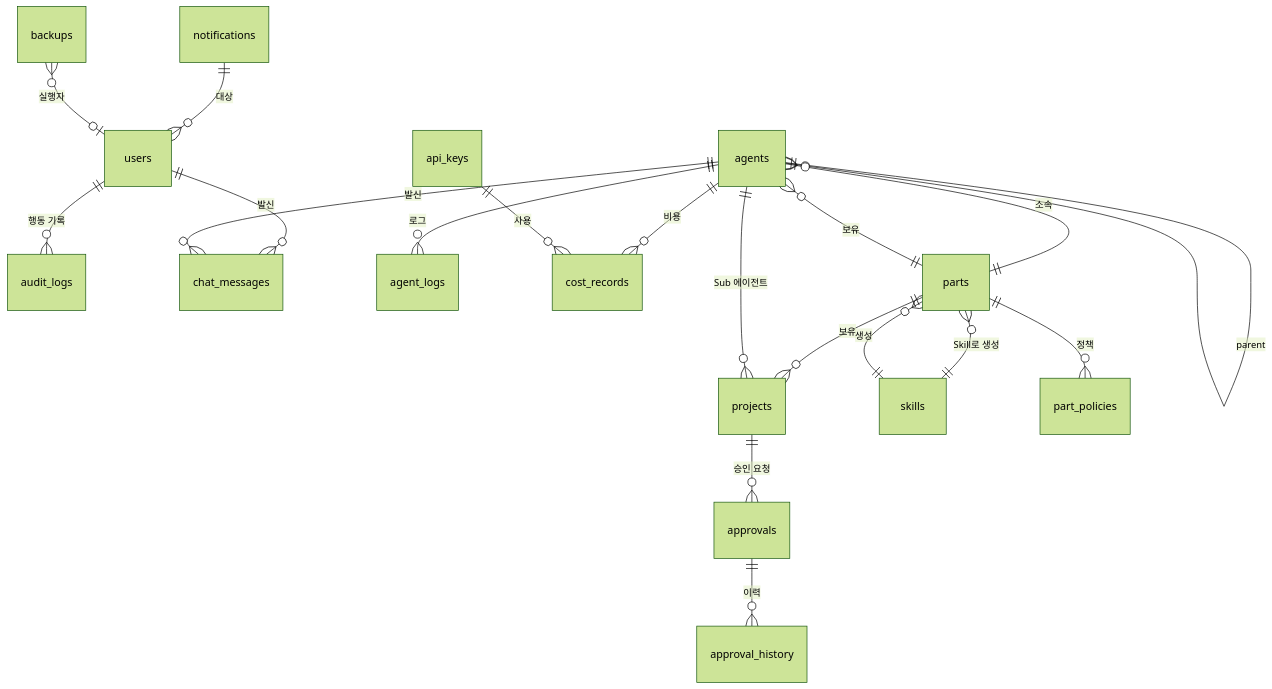
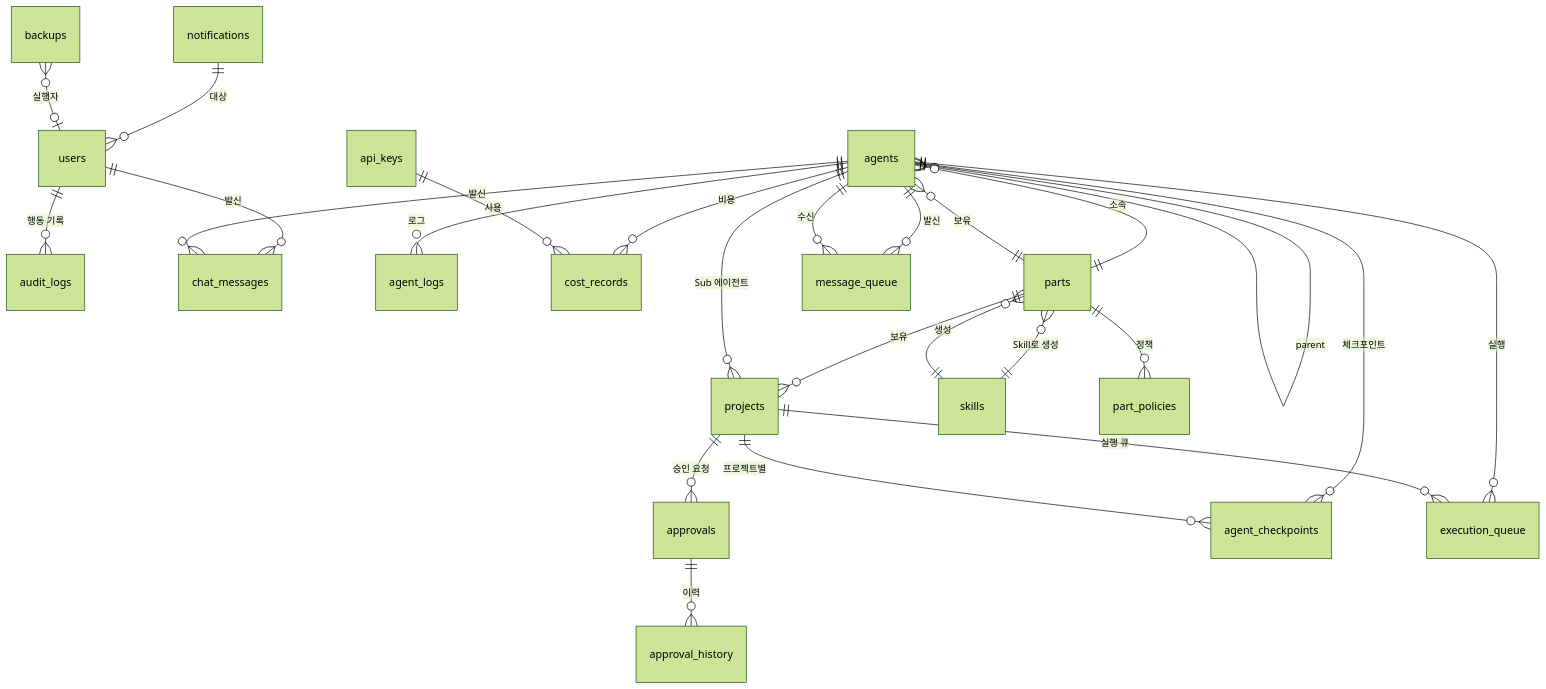
The diagram in 03_design/🗄️ ERD.md (Jeonyunjae/ClaudeManager), drawn with Mermaid (forest theme) before and after one commit. The commit also changed other lines of this file and 221 other files, not shown here.

````diff
--- a/03_design/🗄️ ERD.md
+++ b/03_design/🗄️ ERD.md
@@ -9,29 +10,36 @@
 ```mermaid
 erDiagram
     users ||--o{ audit_logs : "행동 기록"
     users ||--o{ chat_messages : "발신"
     
     agents ||--o{ agents : "parent"
     agents ||--o{ chat_messages : "발신"
     agents ||--o{ agent_logs : "로그"
     agents ||--o{ cost_records : "비용"
     agents }o--|| parts : "소속"
     
     parts ||--o{ agents : "보유"
     parts ||--o{ projects : "보유"
     parts }o--|| skills : "Skill로 생성"
     parts ||--o{ part_policies : "정책"
     
     skills ||--o{ parts : "생성"
     
     projects ||--o{ approvals : "승인 요청"
     projects }o--|| agents : "Sub 에이전트"
     
     approvals ||--o{ approval_history : "이력"
     
     api_keys ||--o{ cost_records : "사용"
     
     notifications ||--o{ users : "대상"
     
     backups }o--o| users : "실행자"
+    
+    agents ||--o{ agent_checkpoints : "체크포인트"
+    agents ||--o{ message_queue : "발신"
+    agents ||--o{ message_queue : "수신"
+    agents ||--o{ execution_queue : "실행"
+    projects ||--o{ agent_checkpoints : "프로젝트별"
+    projects ||--o{ execution_queue : "실행 큐"
 ```
````
